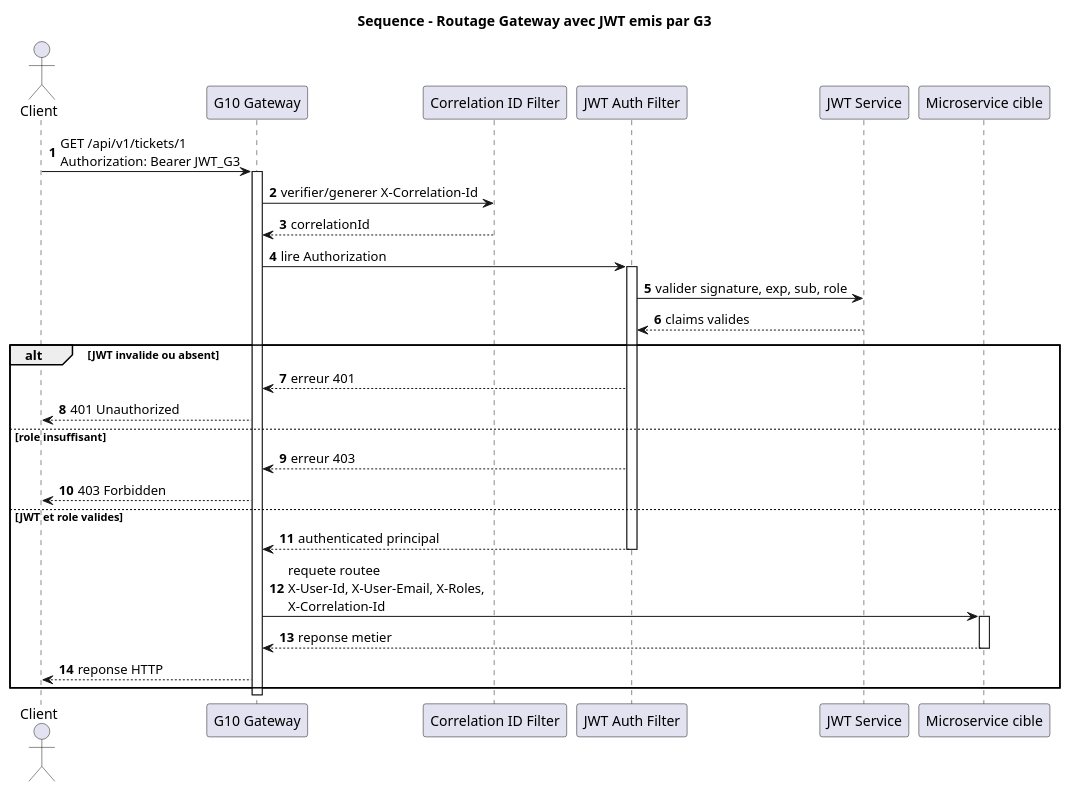
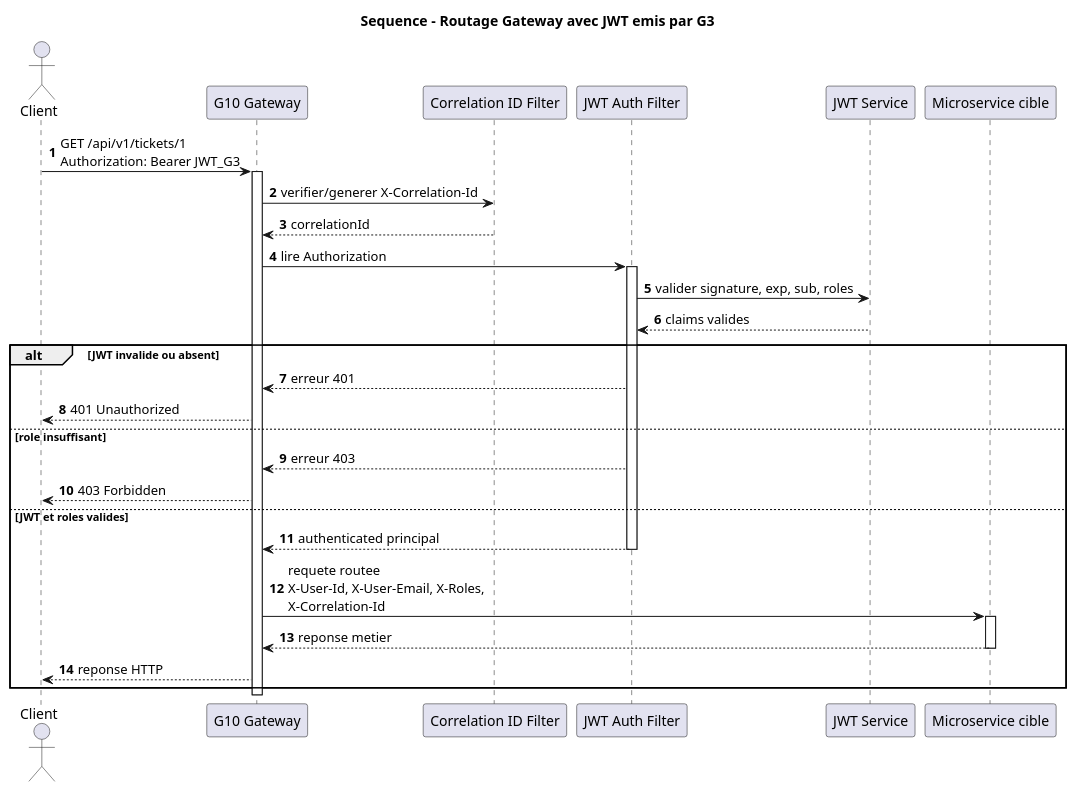
One commit to AmineElBiyadi/SGITU-Microservices changed the diagram in api-gateway/docs/diagrams/g10_07_sequence_routage_gateway.puml. Above: the diagram before and after it, drawn with PlantUML. The commit also changed 26 other files, not shown here.

```diff
--- a/api-gateway/docs/diagrams/g10_07_sequence_routage_gateway.puml
+++ b/api-gateway/docs/diagrams/g10_07_sequence_routage_gateway.puml
@@ -1,39 +1,39 @@
 @startuml
 title Sequence - Routage Gateway avec JWT emis par G3
 
 autonumber
 actor "Client" as Client
 participant "G10 Gateway" as Gateway
 participant "Correlation ID Filter" as Corr
 participant "JWT Auth Filter" as JwtFilter
 participant "JWT Service" as Jwt
 participant "Microservice cible" as Service
 
 Client -> Gateway : GET /api/v1/tickets/1\nAuthorization: Bearer JWT_G3
 activate Gateway
 Gateway -> Corr : verifier/generer X-Correlation-Id
 Corr --> Gateway : correlationId
 Gateway -> JwtFilter : lire Authorization
 activate JwtFilter
-JwtFilter -> Jwt : valider signature, exp, sub, role
+JwtFilter -> Jwt : valider signature, exp, sub, roles
 Jwt --> JwtFilter : claims valides
 
 alt JWT invalide ou absent
   JwtFilter --> Gateway : erreur 401
   Gateway --> Client : 401 Unauthorized
 else role insuffisant
   JwtFilter --> Gateway : erreur 403
   Gateway --> Client : 403 Forbidden
-else JWT et role valides
+else JWT et roles valides
   JwtFilter --> Gateway : authenticated principal
   deactivate JwtFilter
   Gateway -> Service : requete routee\nX-User-Id, X-User-Email, X-Roles,\nX-Correlation-Id
   activate Service
   Service --> Gateway : reponse metier
   deactivate Service
   Gateway --> Client : reponse HTTP
 end
 
 deactivate Gateway
 
 @enduml
```
